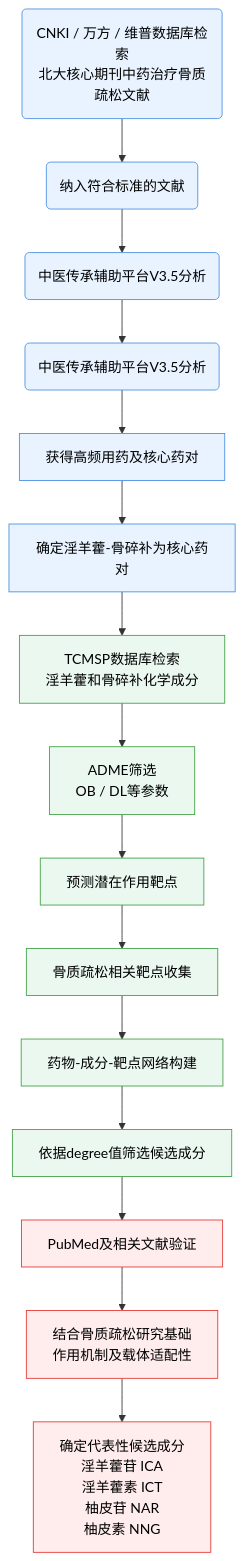
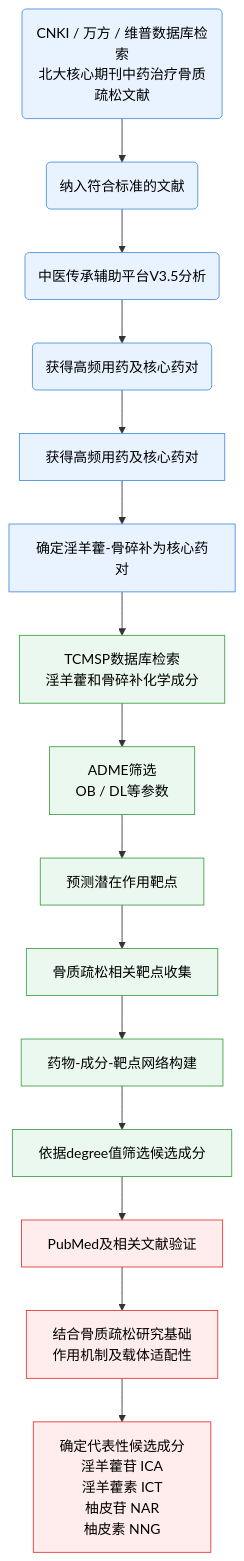
The diagram in all/未命名-1.md (Yaotian99/iodraw-files), drawn with Mermaid before and after one commit.

Commit message:
2026-06-24 08:56:43 update

````diff
--- a/all/未命名-1.md
+++ b/all/未命名-1.md
@@ -1,29 +1,29 @@
 ```mermaid
 graph TD
 
 A1(CNKI / 万方 / 维普数据库检索<br/>北大核心期刊中药治疗骨质疏松文献) --> A2(纳入符合标准的文献)
 A2 --> A3(中医传承辅助平台V3.5分析)
-A3 --> A4(中医传承辅助平台V3.5分析)
+A3 --> A4(获得高频用药及核心药对)
 A4 --> A5[获得高频用药及核心药对]
 A5 --> A6[确定淫羊藿-骨碎补为核心药对]
 
 A6 --> B1[TCMSP数据库检索<br/>淫羊藿和骨碎补化学成分]
 B1 --> B2[ADME筛选<br/>OB / DL等参数]
 B2 --> B3[预测潜在作用靶点]
 B3 --> B4[骨质疏松相关靶点收集]
 B4 --> B5[药物-成分-靶点网络构建]
 B5 --> B6[依据degree值筛选候选成分]
 
 B6 --> C1[PubMed及相关文献验证]
 C1 --> C2[结合骨质疏松研究基础<br/>作用机制及载体适配性]
 C2 --> C3[确定代表性候选成分<br/>淫羊藿苷 ICA<br/>淫羊藿素 ICT<br/>柚皮苷 NAR<br/>柚皮素 NNG]
 
 classDef basis fill:#E8F3FF,stroke:#4A90E2,stroke-width:1px,color:#000;
 classDef network fill:#EAF8EF,stroke:#43A047,stroke-width:1px,color:#000;
 classDef result fill:#FFECEC,stroke:#E53935,stroke-width:1px,color:#000;
 
 class A1,A2,A3,A4,A5,A6 basis;
 class B1,B2,B3,B4,B5,B6 network;
 class C1,C2,C3 result;
   
 ```
````
